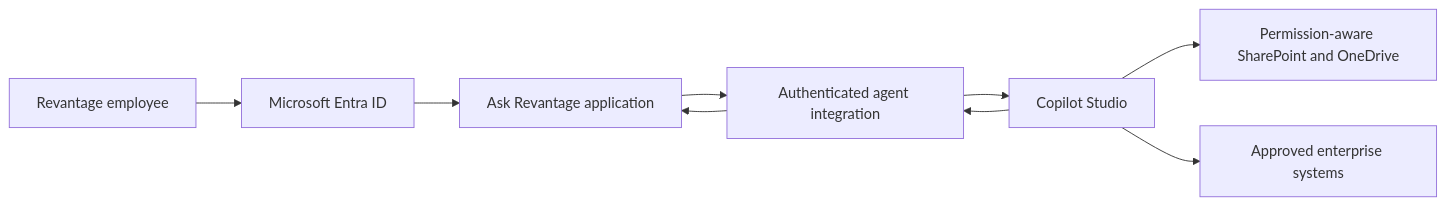
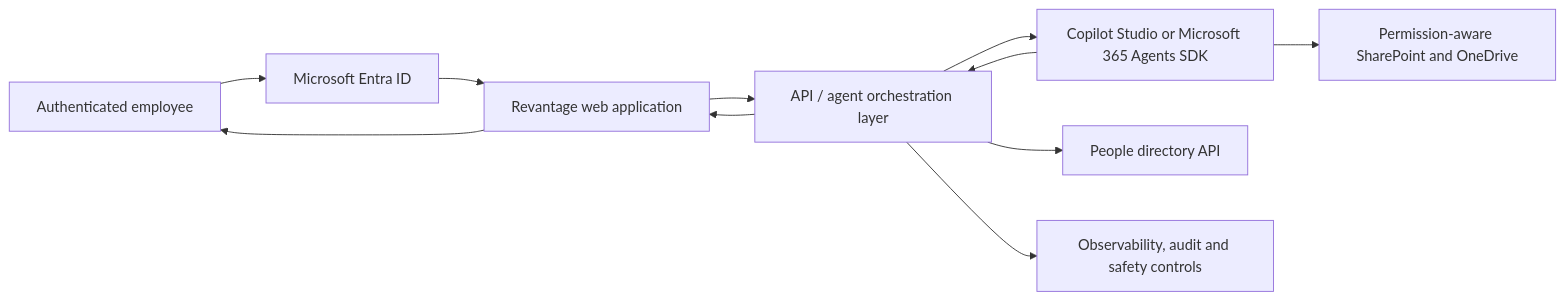
The second of 2 diagrams in README.md (shruti-gupta7/ask-revantage), drawn with Mermaid before and after one commit. The commit also changed other lines of this file and 43 other files, not shown here.

````diff
--- a/README.md
+++ b/README.md
@@ -37,10 +94,11 @@
 ```mermaid
 flowchart LR
-  E[Revantage employee] --> ID[Microsoft Entra ID]
-  ID --> A[Ask Revantage application]
-  A --> G[Authenticated agent integration]
-  G --> C[Copilot Studio]
+  U[Authenticated employee] --> E[Microsoft Entra ID]
+  E --> W[Revantage web application]
+  W --> A[API / agent orchestration layer]
+  A --> C[Copilot Studio or Microsoft 365 Agents SDK]
   C --> S[Permission-aware SharePoint and OneDrive]
-  C --> B[Approved enterprise systems]
-  C --> G --> A
+  A --> P[People directory API]
+  A --> O[Observability, audit and safety controls]
+  C --> A --> W --> U
 ```
````
